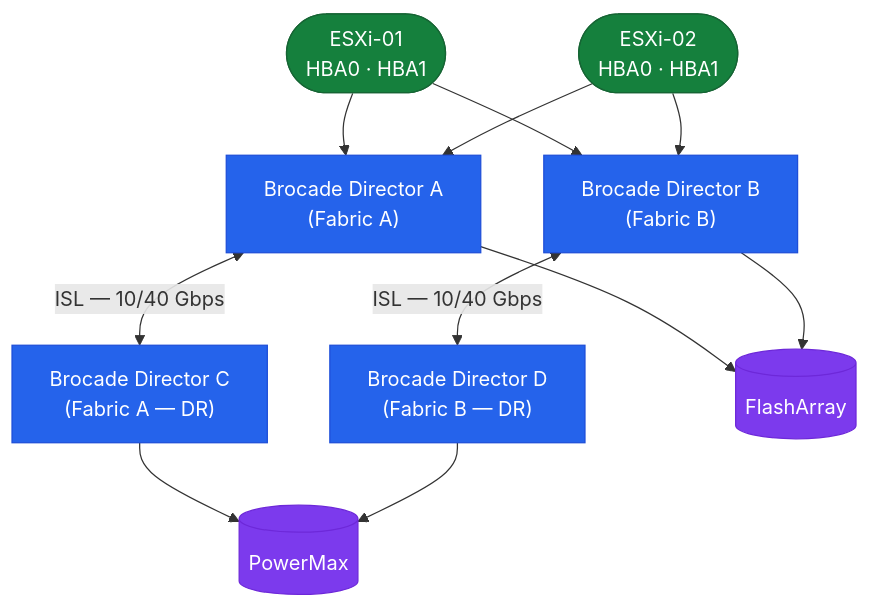
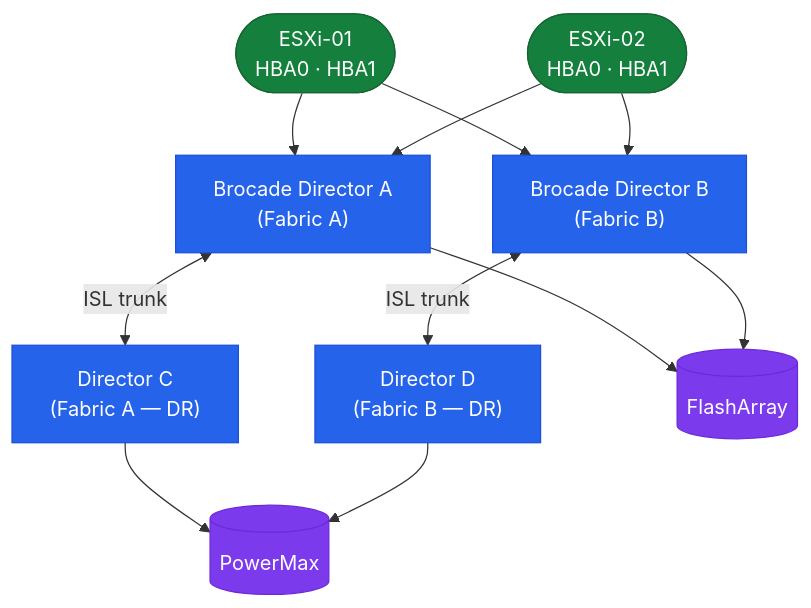
The diagram in docs/san/brocade/fabric-os/architecture/index.md (canast01/chris-kb), drawn with Mermaid before and after one commit. The commit also changed other lines of this file and 28 other files, not shown here.

````diff
--- a/docs/san/brocade/fabric-os/architecture/index.md
+++ b/docs/san/brocade/fabric-os/architecture/index.md
@@ -9,15 +25,15 @@
 ```mermaid
 graph TB
   H1(["ESXi-01\nHBA0 · HBA1"]) & H2(["ESXi-02\nHBA0 · HBA1"]) --> DIRA["Brocade Director A\n(Fabric A)"]
   H1 & H2 --> DIRB["Brocade Director B\n(Fabric B)"]
-  DIRA <-->|"ISL — 10/40 Gbps"| DIRC["Brocade Director C\n(Fabric A — DR)"]
-  DIRB <-->|"ISL — 10/40 Gbps"| DIRD["Brocade Director D\n(Fabric B — DR)"]
+  DIRA <-->|"ISL trunk"| DIRC["Director C\n(Fabric A — DR)"]
+  DIRB <-->|"ISL trunk"| DIRD["Director D\n(Fabric B — DR)"]
   DIRA & DIRB --> FA[("FlashArray")]
   DIRC & DIRD --> PM[("PowerMax")]
   classDef ctrl fill:#2563eb,stroke:#1d4ed8,color:#fff
   classDef store fill:#7c3aed,stroke:#6d28d9,color:#fff
   classDef host fill:#15803d,stroke:#166534,color:#fff
   class DIRA,DIRB,DIRC,DIRD ctrl
   class FA,PM store
   class H1,H2 host
 ```
````
